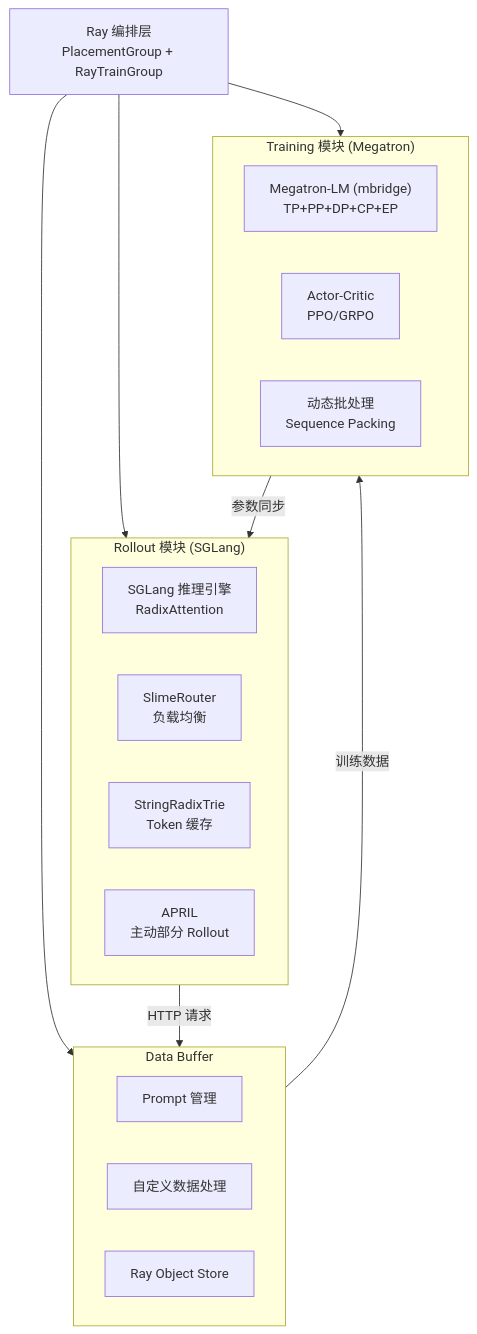
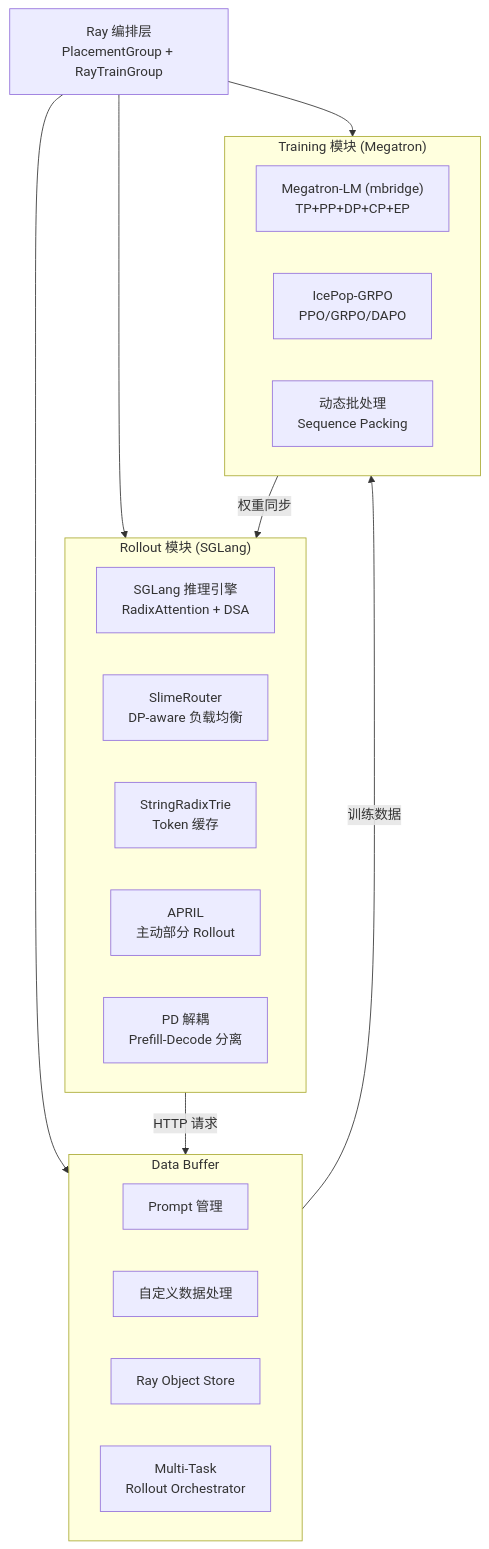
The fifth of 7 diagrams in report.md (carmark/rl-research), drawn with Mermaid before and after one commit. The commit also changed other lines of this file and 9 other files, not shown here.

First line of the commit message:
Update report, summary table, diagrams, and training code with GLM-5/Seer/V4 findings

````diff
--- a/report.md
+++ b/report.md
@@ -380,30 +381,32 @@
 ```mermaid
 graph TD
     Ray["Ray 编排层<br/>PlacementGroup + RayTrainGroup"]
 
     subgraph Rollout["Rollout 模块 (SGLang)"]
-        SGLang["SGLang 推理引擎<br/>RadixAttention"]
-        Router["SlimeRouter<br/>负载均衡"]
+        SGLang["SGLang 推理引擎<br/>RadixAttention + DSA"]
+        Router["SlimeRouter<br/>DP-aware 负载均衡"]
         Trie["StringRadixTrie<br/>Token 缓存"]
         APRIL["APRIL<br/>主动部分 Rollout"]
+        PD["PD 解耦<br/>Prefill-Decode 分离"]
     end
 
     subgraph Buffer["Data Buffer"]
         Prompt["Prompt 管理"]
         Custom["自定义数据处理"]
         RayStore["Ray Object Store"]
+        Orchestrator["Multi-Task<br/>Rollout Orchestrator"]
     end
 
     subgraph Training["Training 模块 (Megatron)"]
         Megatron["Megatron-LM (mbridge)<br/>TP+PP+DP+CP+EP"]
-        AC["Actor-Critic<br/>PPO/GRPO"]
+        AC["IcePop-GRPO<br/>PPO/GRPO/DAPO"]
         Pack["动态批处理<br/>Sequence Packing"]
     end
 
     Ray --> Rollout
     Ray --> Buffer
     Ray --> Training
     Rollout --> |"HTTP 请求"| Buffer
     Buffer --> |"训练数据"| Training
-    Training --> |"参数同步"| Rollout
+    Training --> |"权重同步"| Rollout
 ```
````
